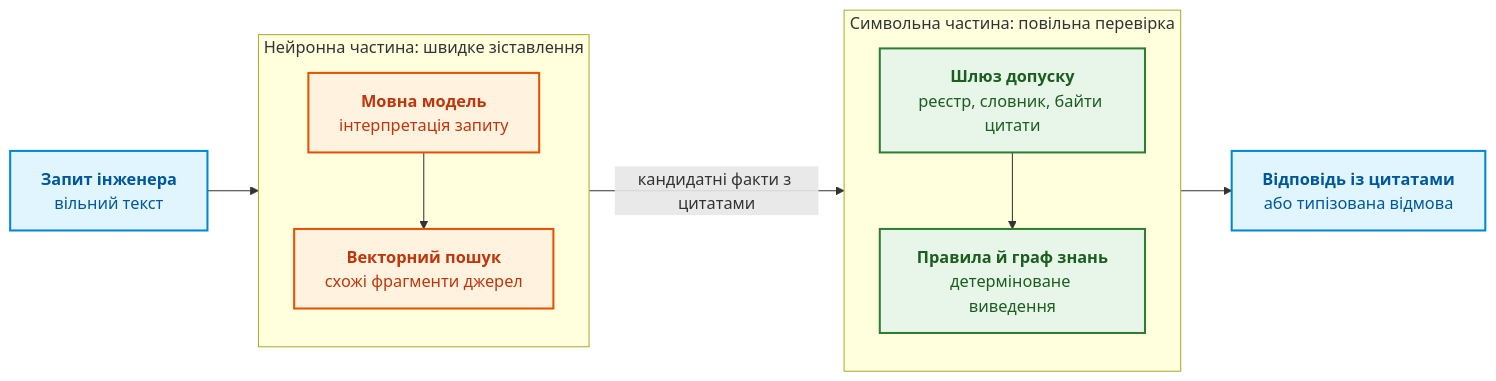
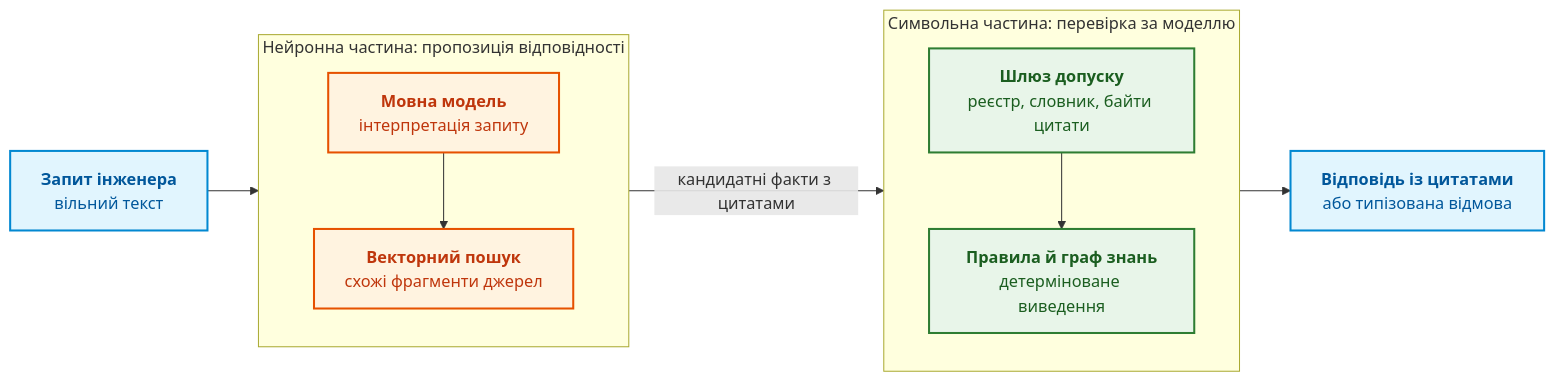
The first of 5 diagrams in ExpertSystem/ch29-neuro-symbolic-architecture.md (nick-fedchik/articles), drawn with Mermaid before and after one commit. The commit also changed other lines of this file and 7 other files, not shown here.

````diff
--- a/ExpertSystem/ch29-neuro-symbolic-architecture.md
+++ b/ExpertSystem/ch29-neuro-symbolic-architecture.md
@@ -61,29 +69,29 @@
 ```mermaid
 flowchart LR
     accTitle: Розподіл обов'язків між нейронною й символьною частинами
     accDescr: Вільний запит інженера потрапляє до нейронної частини, яка зіставляє формулювання й пропонує кандидатні факти; символьна частина перевіряє кандидатів і повертає доказову відповідь або відмову.
 
     Input["<b>Запит інженера</b><br/>вільний текст"] --> S1
-    subgraph S1["Нейронна частина: швидке зіставлення"]
+	subgraph S1["Нейронна частина: пропозиція відповідності"]
         direction TB
         M1["<b>Мовна модель</b><br/>інтерпретація запиту"]
         M2["<b>Векторний пошук</b><br/>схожі фрагменти джерел"]
         M1 --> M2
     end
     S1 -->|"кандидатні факти з цитатами"| S2
-    subgraph S2["Символьна частина: повільна перевірка"]
+	subgraph S2["Символьна частина: перевірка за моделлю"]
         direction TB
         R1["<b>Шлюз допуску</b><br/>реєстр, словник, байти цитати"]
         R2["<b>Правила й граф знань</b><br/>детерміноване виведення"]
         R1 --> R2
     end
     S2 --> Verdict["<b>Відповідь із цитатами</b><br/>або типізована відмова"]
 
     classDef s1 fill:#fff3e0,stroke:#e65100,stroke-width:2px,color:#bf360c;
     classDef s2 fill:#e8f5e9,stroke:#2e7d32,stroke-width:2px,color:#1b5e20;
     classDef io fill:#e1f5fe,stroke:#0288d1,stroke-width:2px,color:#01579b;
 
     class M1,M2 s1;
     class R1,R2 s2;
     class Input,Verdict io;
 ```
````
